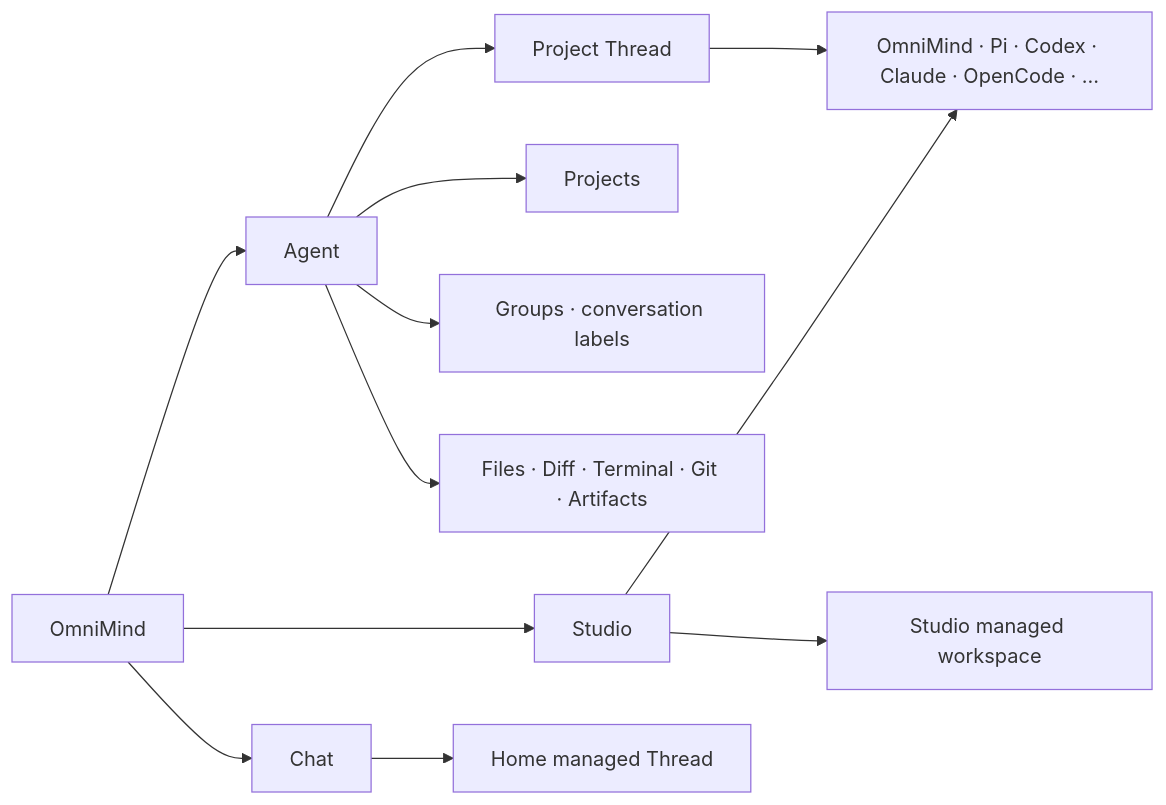
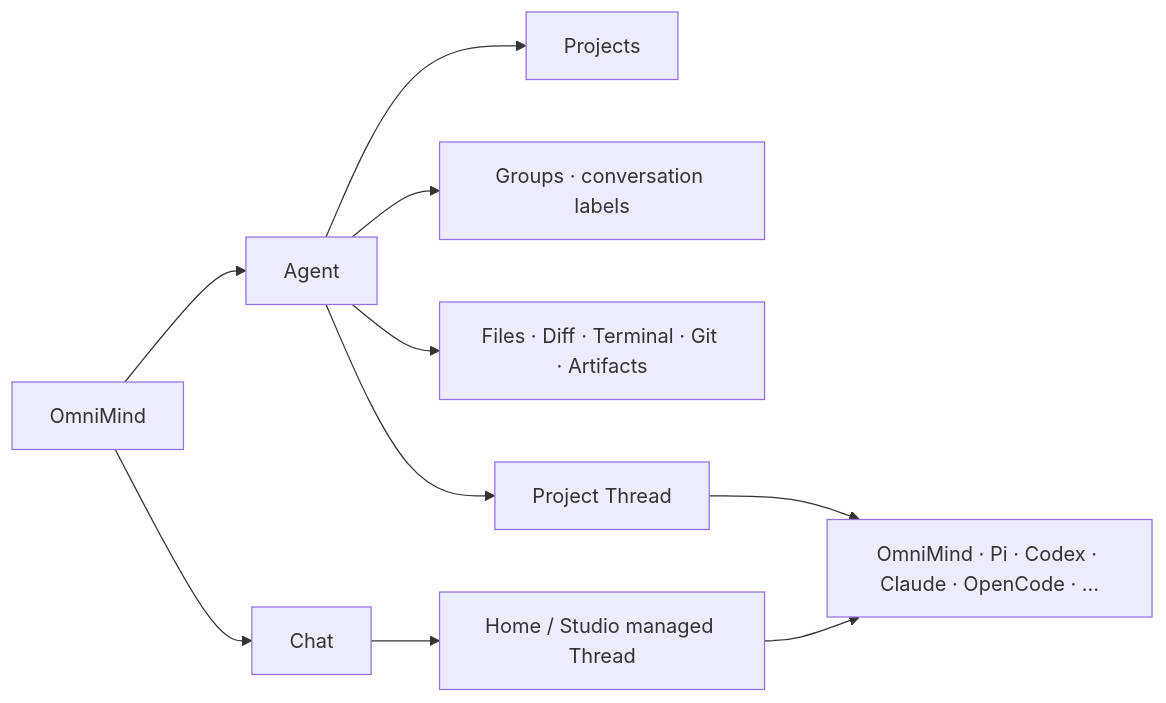
One commit to piai-lab/Haros changed the diagram in architecture/workbench.md. Above: the diagram before and after it, drawn with Mermaid. The commit also changed other lines of this file, not shown here.

````diff
--- a/architecture/workbench.md
+++ b/architecture/workbench.md
@@ -22,14 +22,12 @@
 ```mermaid
 flowchart LR
     Root["OmniMind"] --> Agent["Agent"]
     Root --> Chat["Chat"]
-    Root --> Studio["Studio"]
     Agent --> Projects["Projects"]
     Agent --> Groups["Groups · conversation labels"]
     Agent --> Workbench["Files · Diff · Terminal · Git · Artifacts"]
     Agent --> Thread["Project Thread"]
-    Chat --> ChatHome["Home managed Thread"]
-    Studio --> StudioHome["Studio managed workspace"]
+    Chat --> Studio["Home / Studio managed Thread"]
     Thread --> Providers["OmniMind · Pi · Codex · Claude · OpenCode · …"]
     Studio --> Providers
 ```
````
